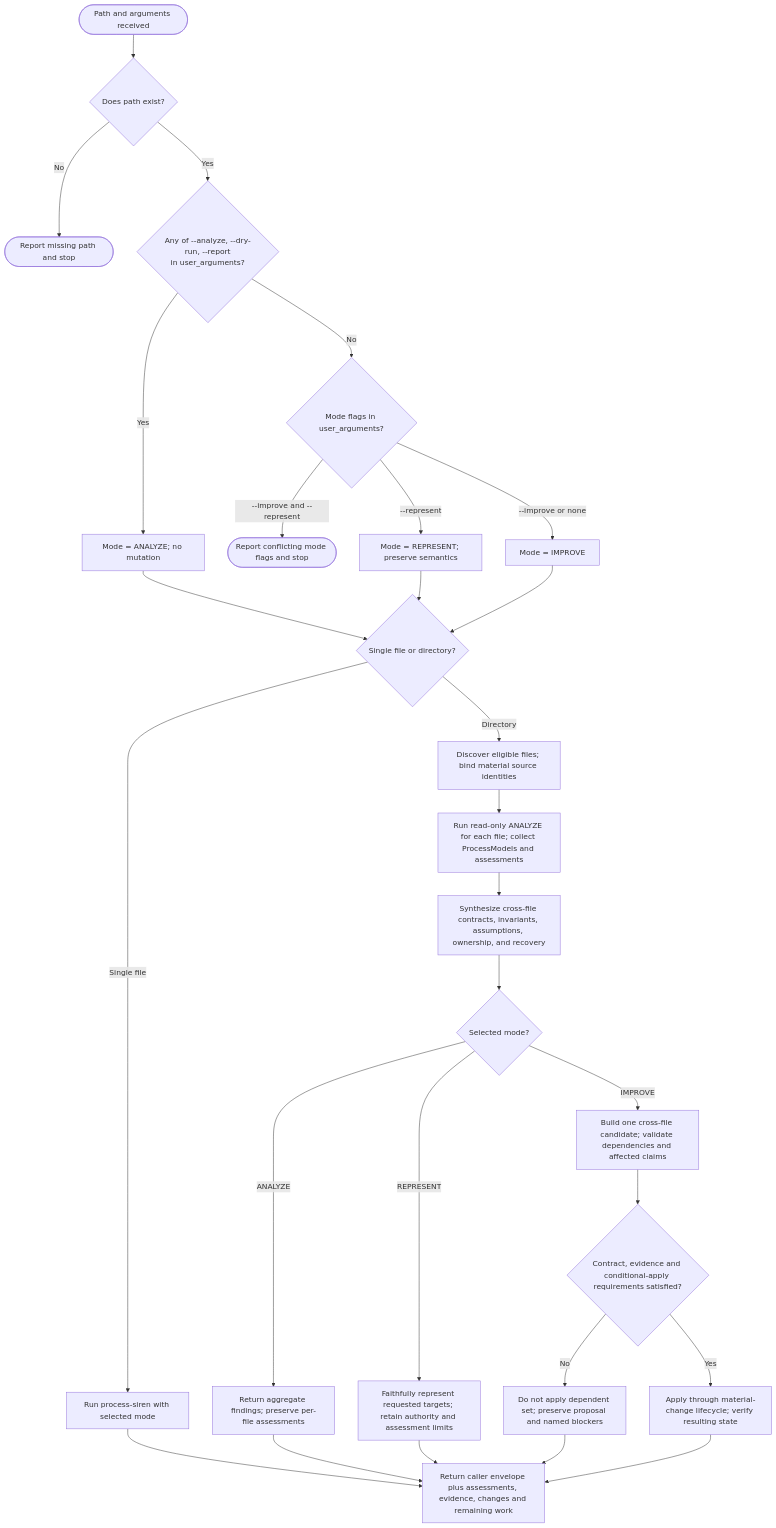
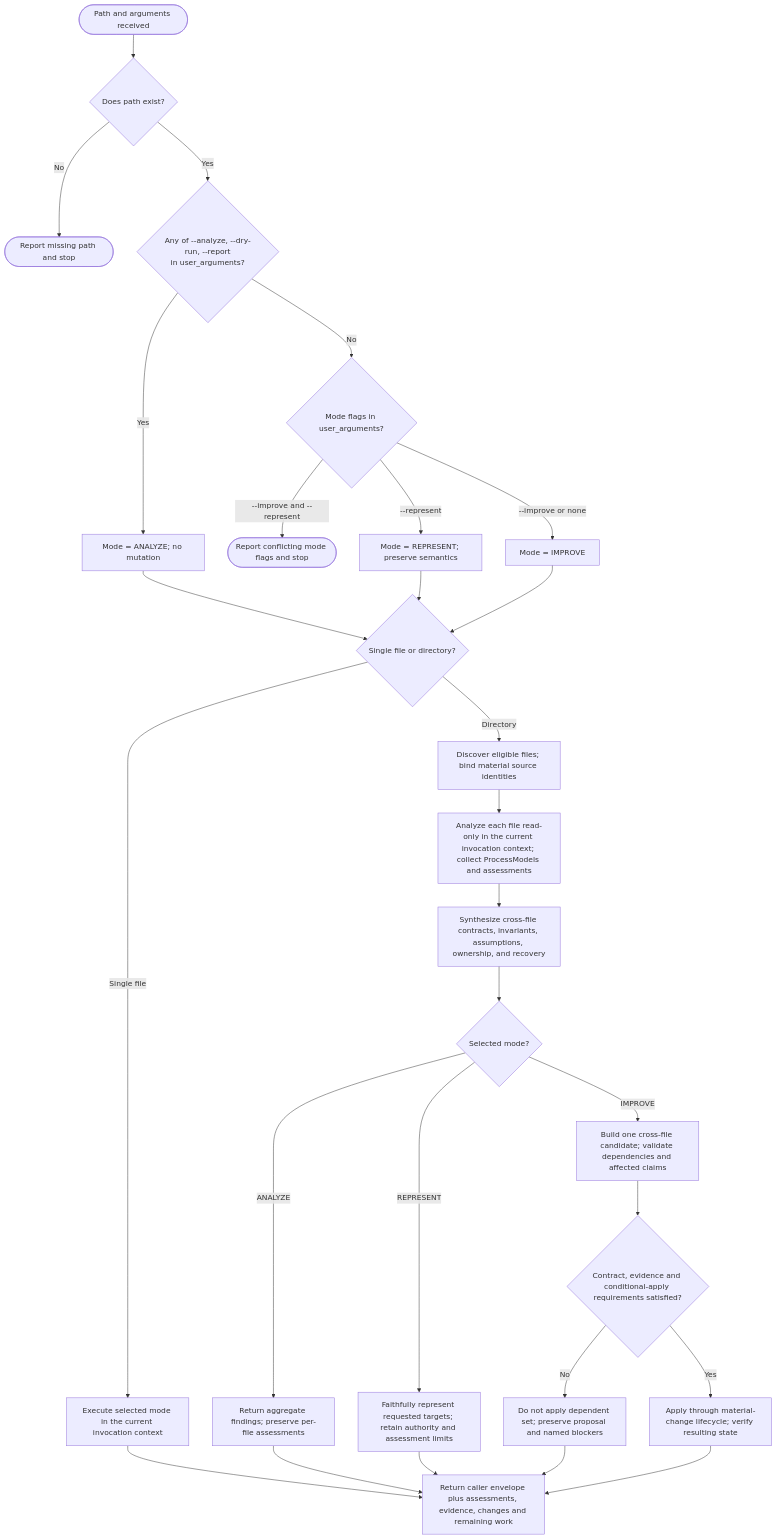
Before and after one commit to Jamie-BitFlight/claude_skills: the diagram in plugins/process-siren/skills/woo-sailor/SKILL.md, drawn with Mermaid. The commit also changed other lines of this file, not shown here.

First line of the commit message:
fix(process-siren): avoid recursive woo-sailor agent routing (#3967)

````diff
--- a/plugins/process-siren/skills/woo-sailor/SKILL.md
+++ b/plugins/process-siren/skills/woo-sailor/SKILL.md
@@ -19,30 +21,30 @@
 ```mermaid
 flowchart TD
     Start(["Path and arguments received"]) --> Exists{"Does path exist?"}
     Exists -->|"No"| Stop(["Report missing path and stop"])
     Exists -->|"Yes"| ReadOnly{"Any of --analyze, --dry-run, --report<br>in user_arguments?"}
     ReadOnly -->|"Yes"| Analyze["Mode = ANALYZE; no mutation"]
     ReadOnly -->|"No"| Mode{"Mode flags in user_arguments?"}
     Mode -->|"--improve and --represent"| Conflict(["Report conflicting mode flags and stop"])
     Mode -->|"--represent"| Represent["Mode = REPRESENT; preserve semantics"]
     Mode -->|"--improve or none"| Improve["Mode = IMPROVE"]
     Analyze --> Scope{"Single file or directory?"}
     Represent --> Scope
     Improve --> Scope
-    Scope -->|"Single file"| One["Run process-siren with selected mode"]
+    Scope -->|"Single file"| One["Execute selected mode in the current invocation context"]
     Scope -->|"Directory"| Discover["Discover eligible files; bind material source identities"]
-    Discover --> Models["Run read-only ANALYZE for each file; collect ProcessModels and assessments"]
+    Discover --> Models["Analyze each file read-only in the current invocation context; collect ProcessModels and assessments"]
     Models --> Synthesize["Synthesize cross-file contracts, invariants, assumptions, ownership, and recovery"]
     Synthesize --> Route{"Selected mode?"}
     Route -->|"ANALYZE"| Aggregate["Return aggregate findings; preserve per-file assessments"]
     Route -->|"REPRESENT"| Render["Faithfully represent requested targets; retain authority and assessment limits"]
     Route -->|"IMPROVE"| Plan["Build one cross-file candidate; validate dependencies and affected claims"]
     Plan --> Safe{"Contract, evidence and conditional-apply requirements satisfied?"}
     Safe -->|"No"| Block["Do not apply dependent set; preserve proposal and named blockers"]
     Safe -->|"Yes"| Apply["Apply through material-change lifecycle; verify resulting state"]
     One --> Result["Return caller envelope plus assessments, evidence, changes and remaining work"]
     Aggregate --> Result
     Render --> Result
     Block --> Result
     Apply --> Result
 ```
````
